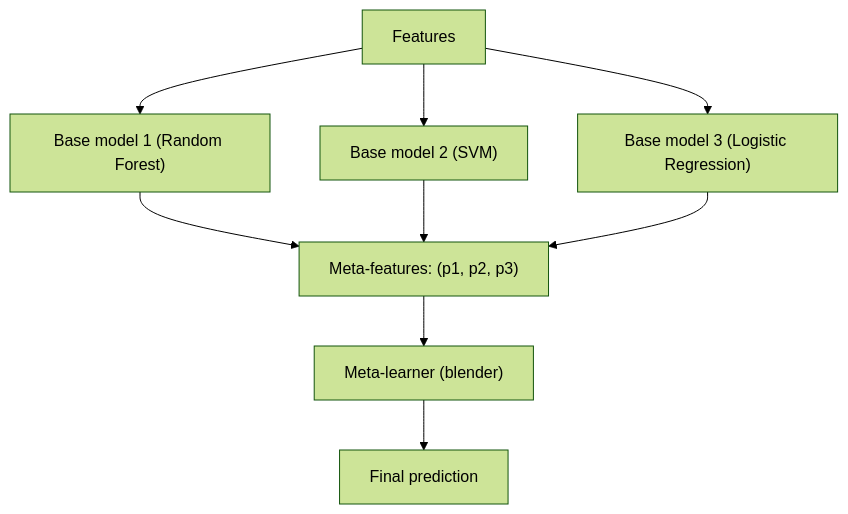
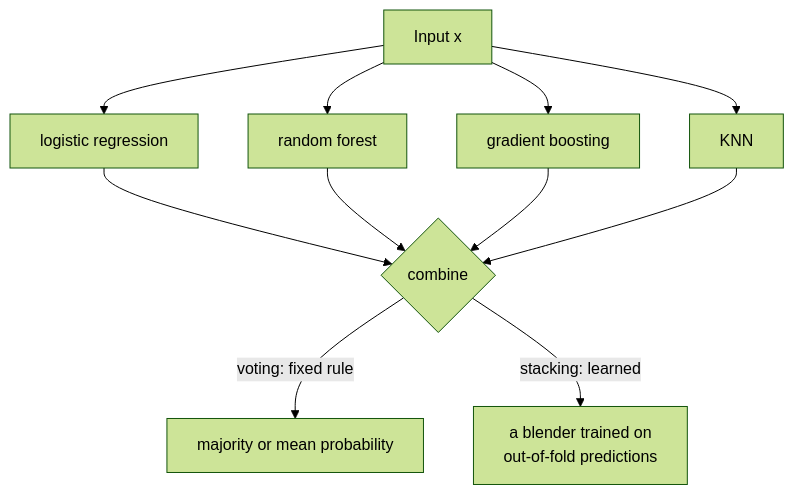
One commit to Ravikisha/PythonCentralHub changed the first of 2 diagrams in src/content/docs/Machine Learning/Phase 05 - Ensemble Learning/Stacking and Voting Classifiers.mdx. Above: the diagram before and after it, drawn with Mermaid (forest theme). The commit also changed other lines of this file and 1327 other files, not shown here.

````diff
--- a/src/content/docs/Machine Learning/Phase 05 - Ensemble Learning/Stacking and Voting Classifiers.mdx
+++ b/src/content/docs/Machine Learning/Phase 05 - Ensemble Learning/Stacking and Voting Classifiers.mdx
@@ -47,11 +38,13 @@
-```mermaid title="Stacking: base learners feed a meta-learner" desc="Base models' predictions become input features for a blender that learns how to combine them."
+```mermaid
 flowchart TD
-  X["Features"] --> M1["Base model 1 (Random Forest)"]
-  X --> M2["Base model 2 (SVM)"]
-  X --> M3["Base model 3 (Logistic Regression)"]
-  M1 --> Z["Meta-features: (p1, p2, p3)"]
-  M2 --> Z
-  M3 --> Z
-  Z --> META["Meta-learner (blender)"]
-  META --> Y["Final prediction"]
+  X["Input x"] --> M1["logistic regression"]
+  X --> M2["random forest"]
+  X --> M3["gradient boosting"]
+  X --> M4["KNN"]
+  M1 --> V{"combine"}
+  M2 --> V
+  M3 --> V
+  M4 --> V
+  V -->|"voting: fixed rule"| P1["majority or mean probability"]
+  V -->|"stacking: learned"| P2["a blender trained on<br/>out-of-fold predictions"]
 ```
````
